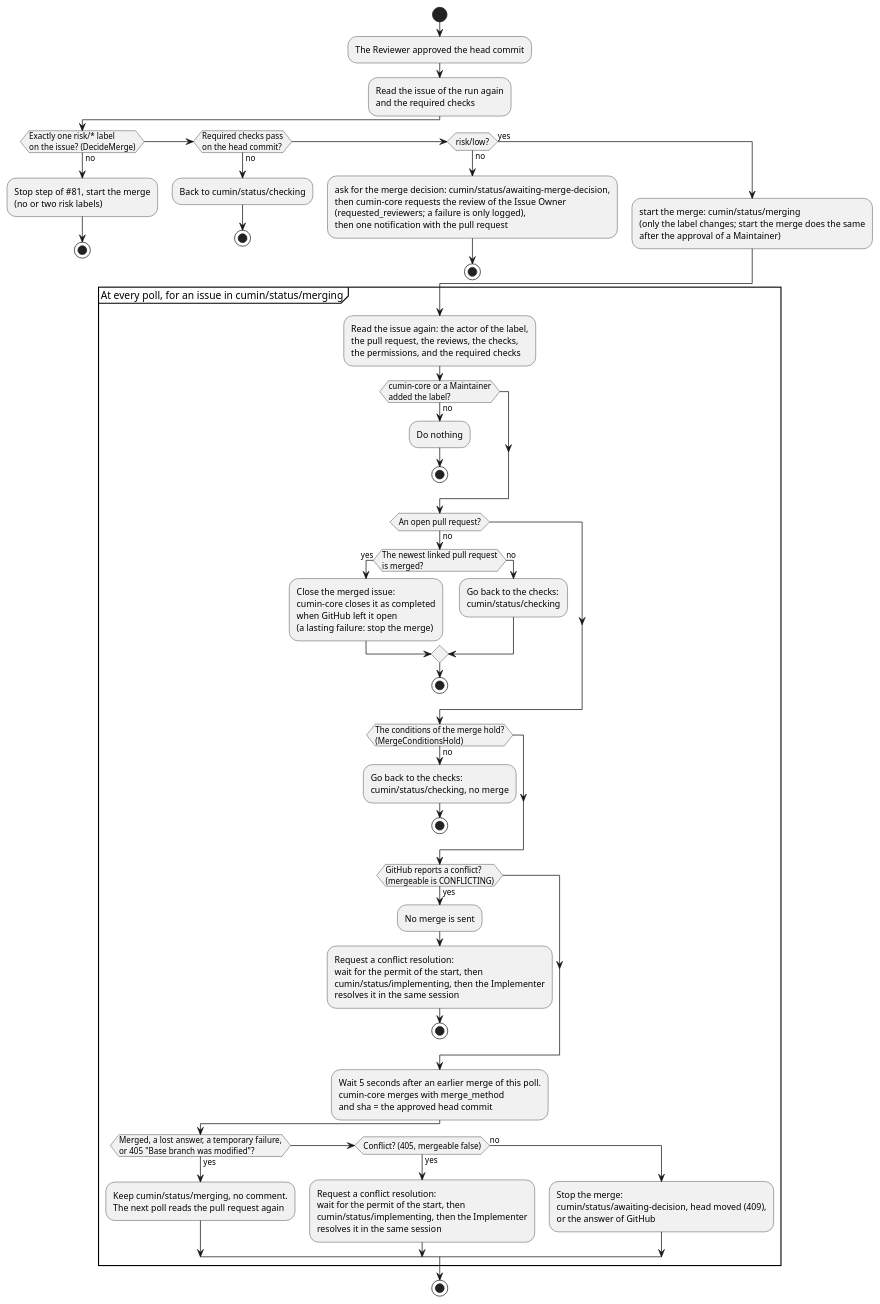
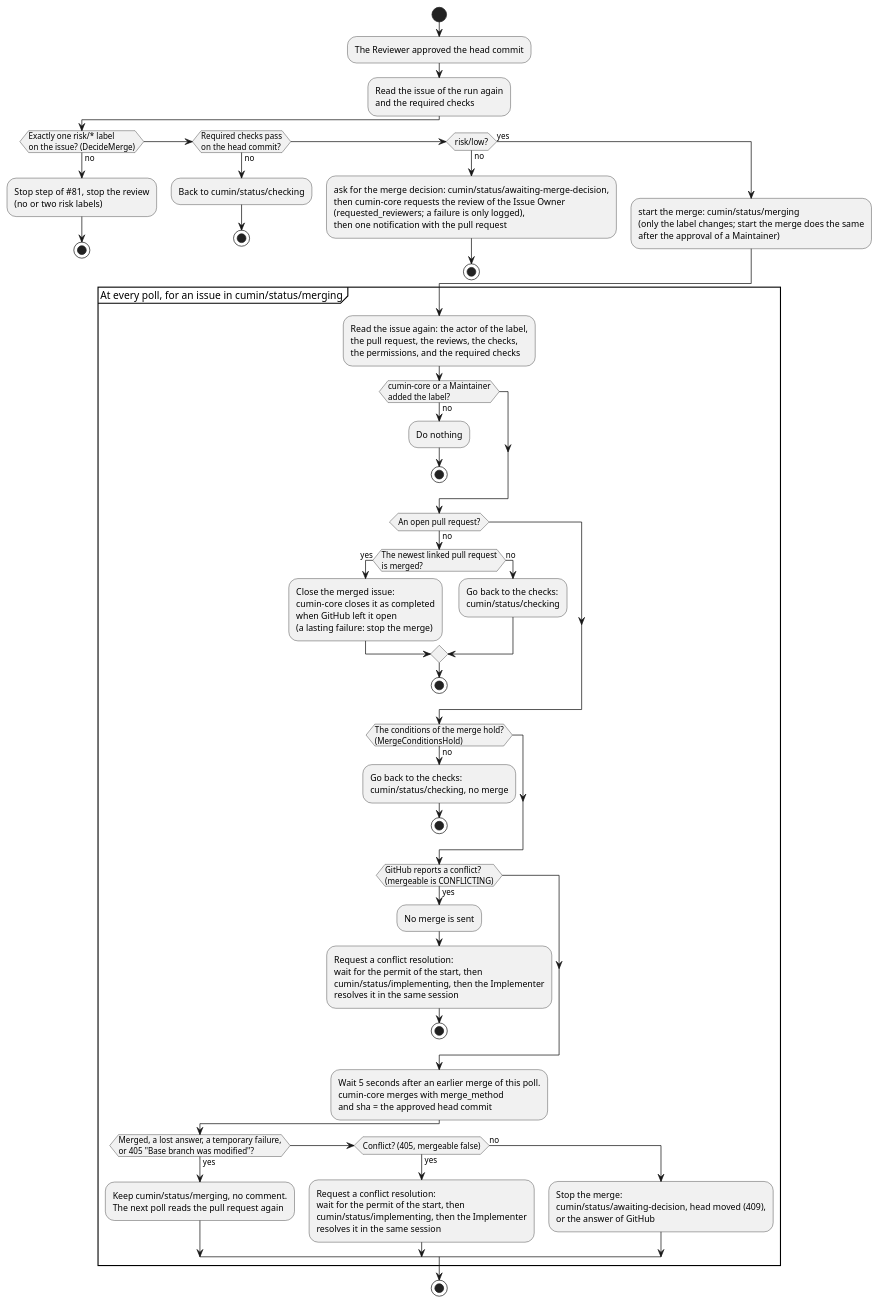
Before and after one commit to cloveclovedev/cumin-works: the diagram in docs/ja/designs/poll-merge.puml, drawn with PlantUML. The commit also changed 2 other files, not shown here.

Commit message:
docs: name the stop for a wrong risk label after the Reviewer approval
The diagram poll-merge named it "start the merge". The code uses
"stop the review" on this path. One sentence about a notification
names no person now.

```diff
--- a/docs/ja/designs/poll-merge.puml
+++ b/docs/ja/designs/poll-merge.puml
@@ -1,88 +1,88 @@
 @startuml poll-merge
 ' cumin works - the approved pull request (start the merge, ask for the merge decision) and the steps in cumin/status/merging.
 ' Document: poll.md, section on the merge step.
 ' Render: run scripts/render-diagrams.sh at the root of the repository.
 skinparam shadowing false
 skinparam defaultFontName sans-serif
 
 start
 :The Reviewer approved the head commit;
 :Read the issue of the run again
 and the required checks;
 if (Exactly one risk/* label
 on the issue? (DecideMerge)) then (no)
-  :Stop step of #81, start the merge
+  :Stop step of #81, stop the review
   (no or two risk labels);
   stop
 elseif (Required checks pass
 on the head commit?) then (no)
   :Back to cumin/status/checking;
   stop
 elseif (risk/low?) then (no)
   :ask for the merge decision: cumin/status/awaiting-merge-decision,
   then cumin-core requests the review of the Issue Owner
   (requested_reviewers; a failure is only logged),
   then one notification with the pull request;
   stop
 else (yes)
   :start the merge: cumin/status/merging
   (only the label changes; start the merge does the same
   after the approval of a Maintainer);
 endif
 partition "At every poll, for an issue in cumin/status/merging" {
   :Read the issue again: the actor of the label,
   the pull request, the reviews, the checks,
   the permissions, and the required checks;
   if (cumin-core or a Maintainer
 added the label?) then (no)
     :Do nothing;
     stop
   endif
   if (An open pull request?) then (no)
     if (The newest linked pull request
 is merged?) then (yes)
       :Close the merged issue:
       cumin-core closes it as completed
       when GitHub left it open
       (a lasting failure: stop the merge);
     else (no)
       :Go back to the checks:
       cumin/status/checking;
     endif
     stop
   endif
   if (The conditions of the merge hold?
 (MergeConditionsHold)) then (no)
     :Go back to the checks:
     cumin/status/checking, no merge;
     stop
   endif
   if (GitHub reports a conflict?
 (mergeable is CONFLICTING)) then (yes)
     :No merge is sent;
     :Request a conflict resolution:
     wait for the permit of the start, then
     cumin/status/implementing, then the Implementer
     resolves it in the same session;
     stop
   endif
   :Wait 5 seconds after an earlier merge of this poll.
   cumin-core merges with merge_method
   and sha = the approved head commit;
   if (Merged, a lost answer, a temporary failure,
 or 405 "Base branch was modified"?) then (yes)
     :Keep cumin/status/merging, no comment.
     The next poll reads the pull request again;
   elseif (Conflict? (405, mergeable false)) then (yes)
     :Request a conflict resolution:
     wait for the permit of the start, then
     cumin/status/implementing, then the Implementer
     resolves it in the same session;
   else (no)
     :Stop the merge:
     cumin/status/awaiting-decision, head moved (409),
     or the answer of GitHub;
   endif
 }
 stop
 @enduml
```
